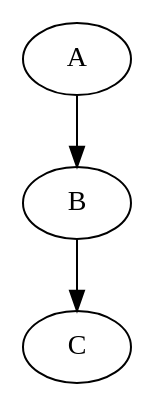
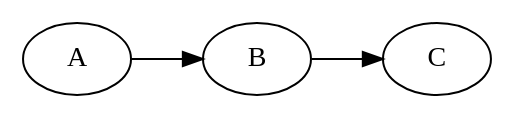
The second of 4 diagrams in example/example.md (benjaminheng/md-code-render), drawn with Graphviz before and after one commit. The commit also changed other lines of this file and 2 other files, not shown here.

````diff
--- a/example/example.md
+++ b/example/example.md
@@ -15,5 +16,6 @@
 ```dot render{"mode": "normal"}
 digraph G {
-    A -> B -> C
+    rankdir=LR;
+    A -> B -> C;
 }
 ```
````
